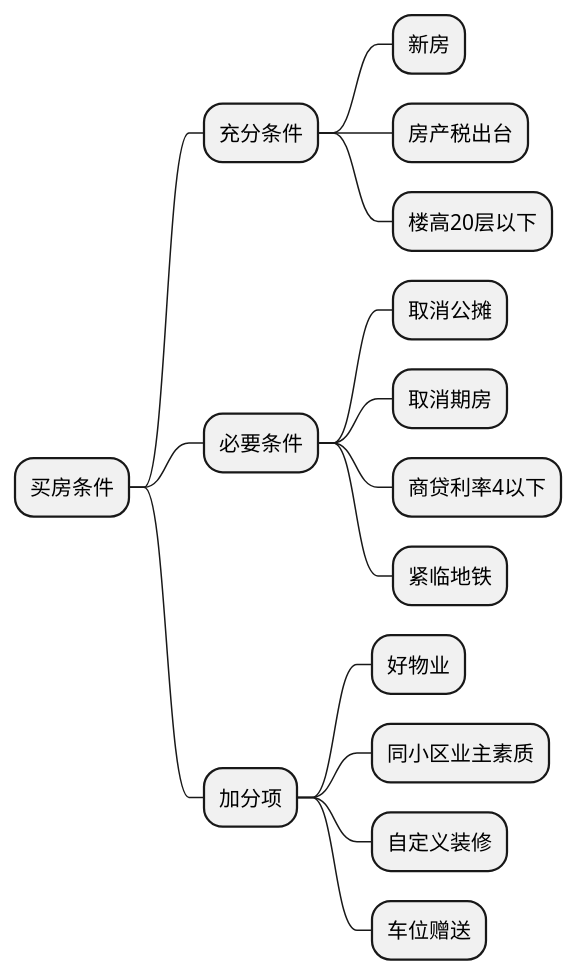
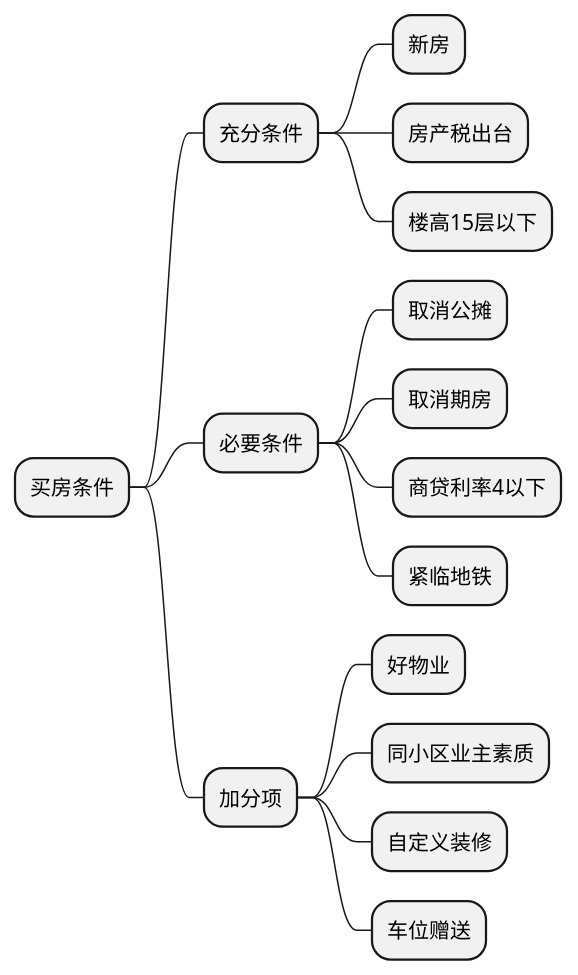
The diagram in 总结/买房子思路.plantuml (Huang2070/alpha-centauri-c), drawn with PlantUML before and after one commit. The commit also changed 5 other files, not shown here.

```diff
--- a/总结/买房子思路.plantuml
+++ b/总结/买房子思路.plantuml
@@ -1,26 +1,26 @@
 @startmindmap 买房条件
 
 * 买房条件
 
 ** 充分条件
 *** 新房
 *** 房产税出台
-*** 楼高20层以下
+*** 楼高15层以下
 
 
 
 ** 必要条件
 *** 取消公摊
 *** 取消期房
 *** 商贷利率4以下
 *** 紧临地铁
 
 
 
 ** 加分项
 *** 好物业
 *** 同小区业主素质
 *** 自定义装修
 *** 车位赠送
 
 @endmindmap
```
